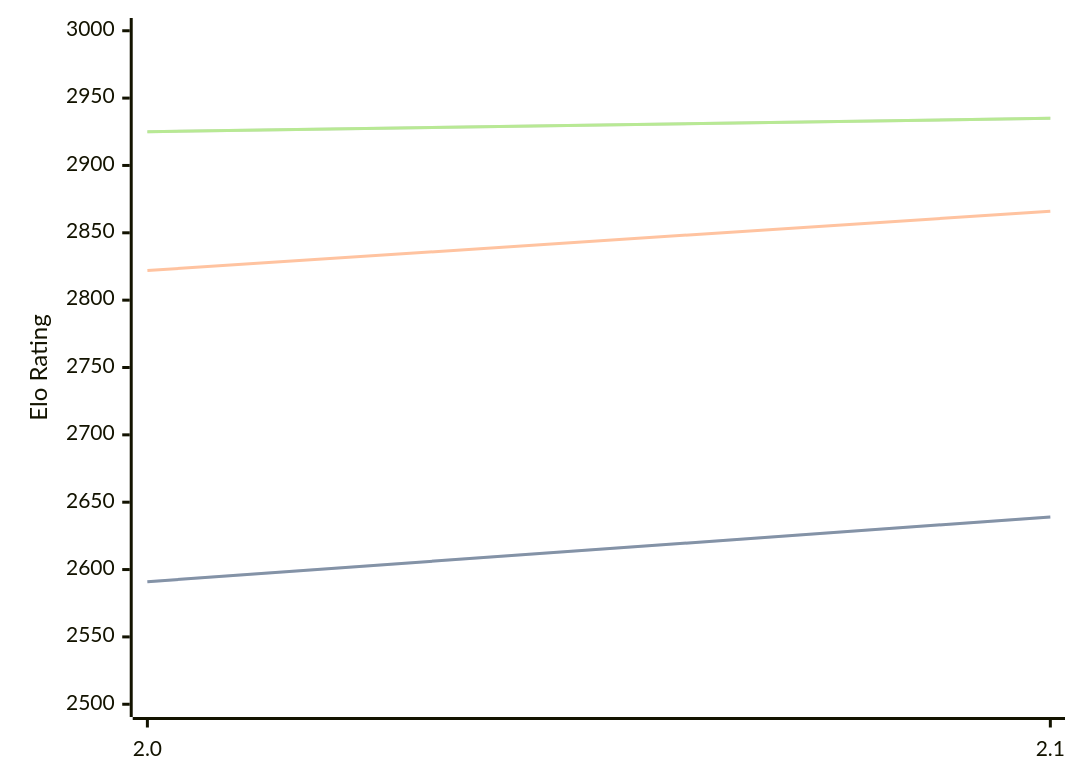
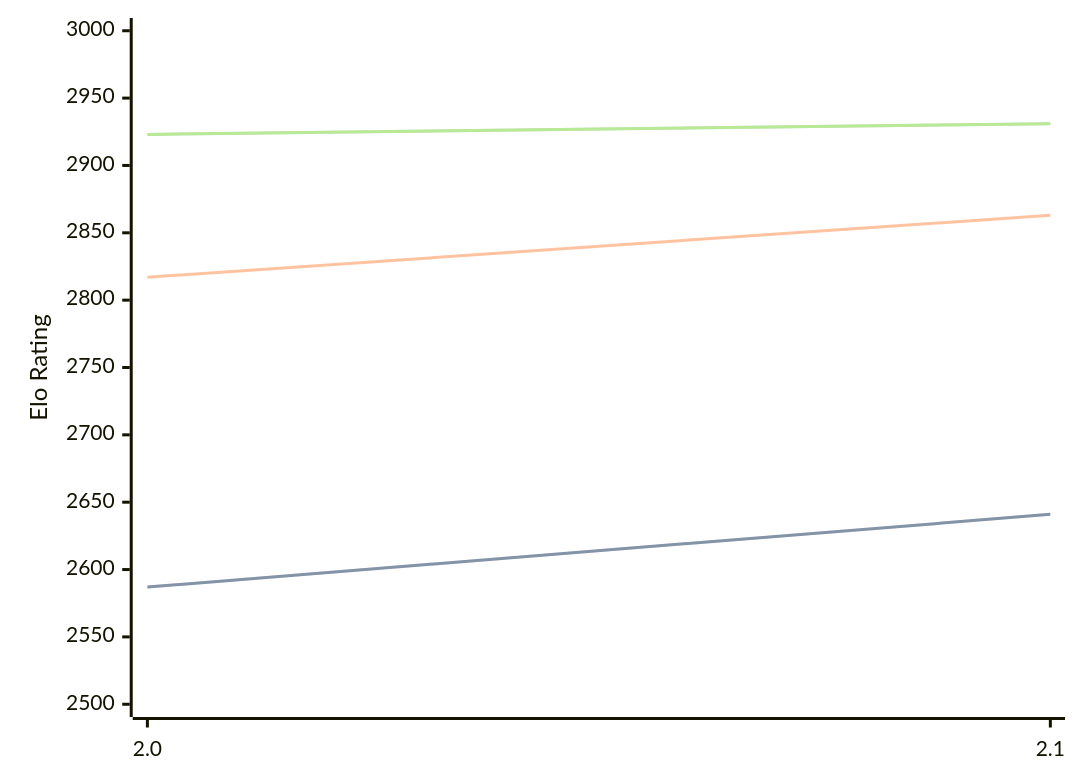
The diagram in engines/Noggin.md (computer-chess-index/cci), drawn with Mermaid before and after one commit. The commit also changed other lines of this file, not shown here.

Commit message:
Update CCI Ratings (ELO VLTC) - 2026-08-12

````diff
--- a/engines/Noggin.md
+++ b/engines/Noggin.md
@@ -33,11 +33,11 @@
 ```mermaid
 %%{init: {"theme":"base","themeVariables":{"seriesColors:['#a3a3a3','#222221','#faa371']}}}%%
 xychart-beta
   x-axis ["2.0", "2.1"]
   y-axis "Elo Rating" 2500 --> 3000
-  line "STC (8.0+0.08s)" [2591, 2639]
-  line "STC (8.0+0.08s)" [2591, 2639]
-  line "LTC (60.0+0.60s)" [2822, 2866]
-  line "VLTC (2m24s+1.12s)" [2925, 2935]
-  line "VLTC (2m24s+1.12s)" [2925, 2935]
+  line "STC (8.0+0.08s)" [2587, 2641]
+  line "STC (8.0+0.08s)" [2587, 2641]
+  line "LTC (60.0+0.60s)" [2817, 2863]
+  line "VLTC (2m24s+1.12s)" [2923, 2931]
+  line "VLTC (2m24s+1.12s)" [2923, 2931]
 ```
````
